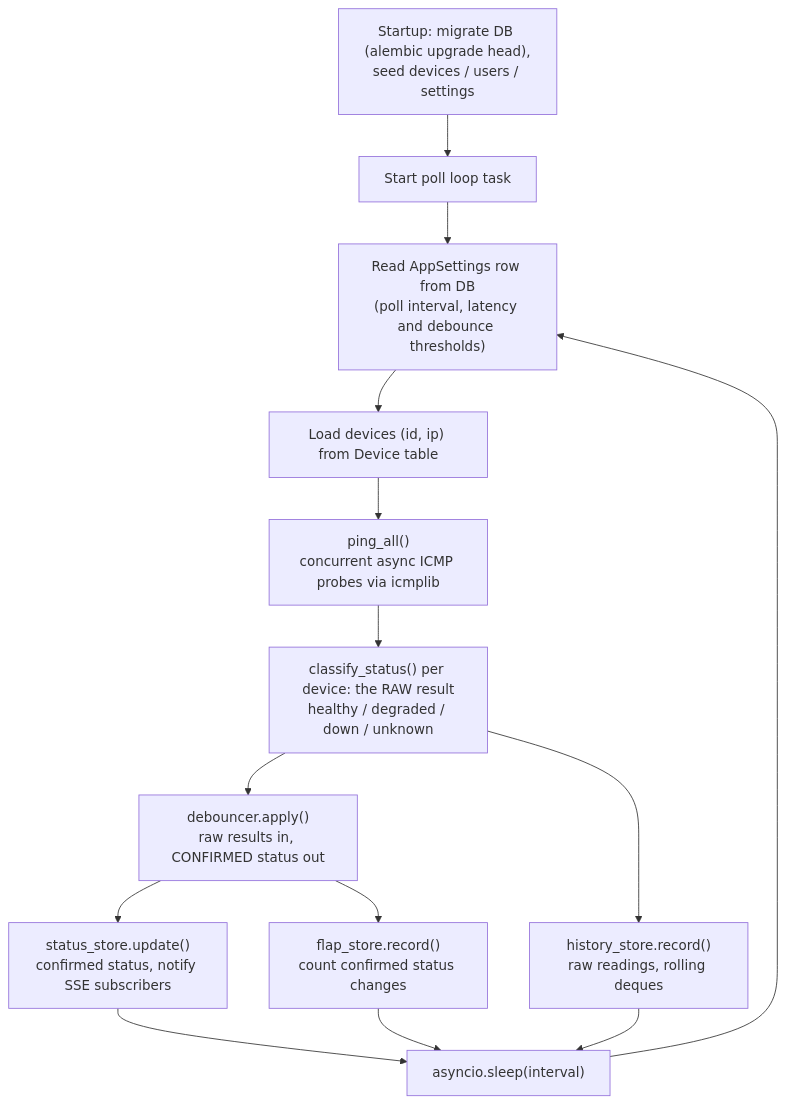
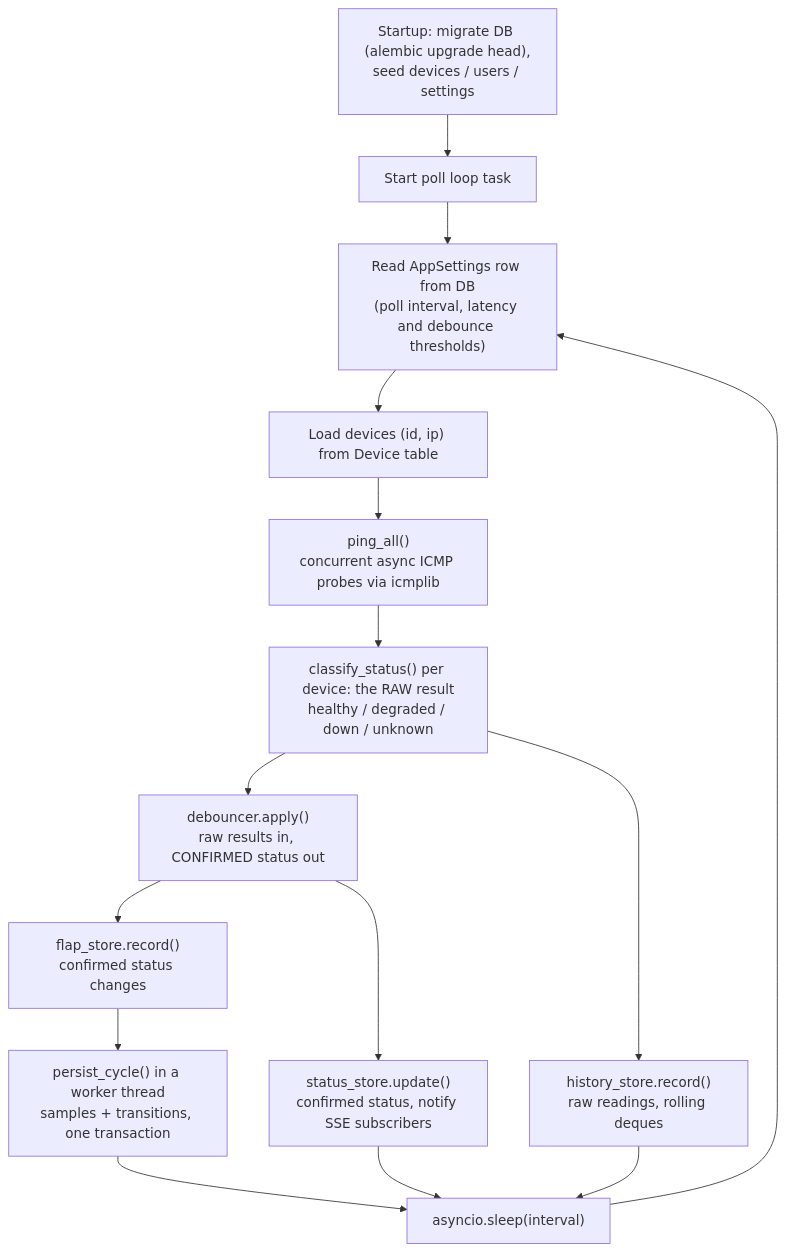
The second of 8 diagrams in README.md (dumbL4d/network-analyser), drawn with Mermaid before and after one commit. The commit also changed other lines of this file and 40 other files, not shown here.

First line of the commit message:
feat: persist latency history and transitions with retention and rollups

````diff
--- a/README.md
+++ b/README.md
@@ -130,16 +142,17 @@
 ```mermaid
 flowchart TD
     A["Startup: migrate DB (alembic upgrade head),<br/>seed devices / users / settings"] --> B["Start poll loop task"]
     B --> C["Read AppSettings row from DB<br/>(poll interval, latency and debounce thresholds)"]
     C --> D["Load devices (id, ip) from Device table"]
     D --> E["ping_all()<br/>concurrent async ICMP probes via icmplib"]
     E --> F["classify_status() per device: the RAW result<br/>healthy / degraded / down / unknown"]
     F --> K["debouncer.apply()<br/>raw results in, CONFIRMED status out"]
     F --> H["history_store.record()<br/>raw readings, rolling deques"]
     K --> G["status_store.update()<br/>confirmed status, notify SSE subscribers"]
-    K --> I["flap_store.record()<br/>count confirmed status changes"]
-    G --> J["asyncio.sleep(interval)"]
+    K --> I["flap_store.record()<br/>confirmed status changes"]
+    I --> P["persist_cycle() in a worker thread<br/>samples + transitions, one transaction"]
+    P --> J["asyncio.sleep(interval)"]
+    G --> J
     H --> J
-    I --> J
     J --> C
 ```
````
